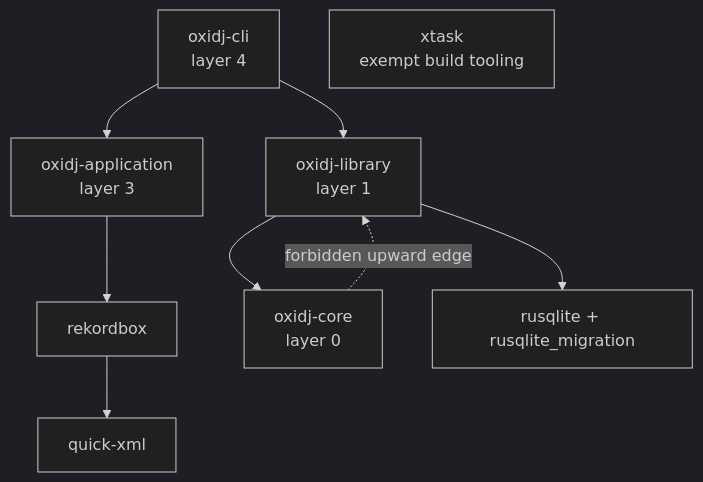
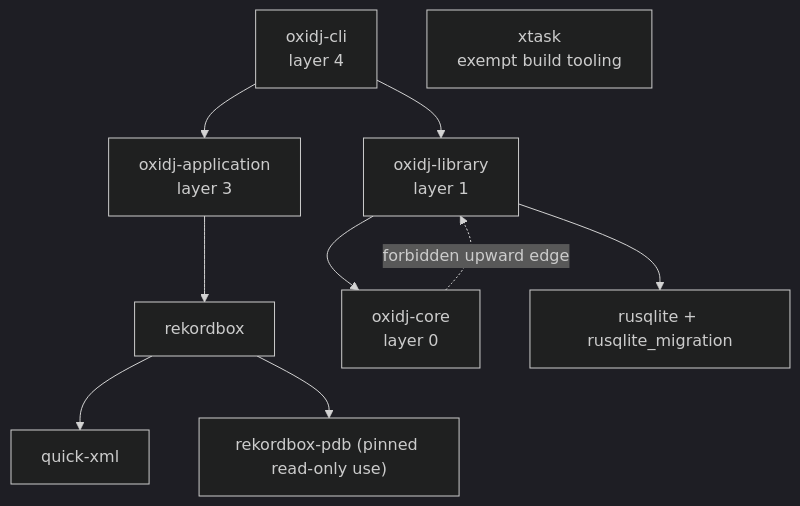
Before and after one commit to Senci/oxidj: the diagram in docs/layers-policy.md, drawn with Mermaid (dark theme). The commit also changed other lines of this file and 10 other files, not shown here.

First line of the commit message:
feat(rekordbox): preview legacy DeviceSQL PDB

````diff
--- a/docs/layers-policy.md
+++ b/docs/layers-policy.md
@@ -36,11 +36,12 @@
 ```mermaid
 flowchart TB
     cli["oxidj-cli<br/>layer 4"] --> app["oxidj-application<br/>layer 3"]
     cli --> library["oxidj-library<br/>layer 1"]
     app --> rekordbox
     rekordbox --> xml["quick-xml"]
+    rekordbox --> pdb["rekordbox-pdb (pinned read-only use)"]
     library --> core["oxidj-core<br/>layer 0"]
     library --> sqlite["rusqlite + rusqlite_migration"]
     core -. "forbidden upward edge" .-> library
     xtask["xtask<br/>exempt build tooling"]
 ```
````
